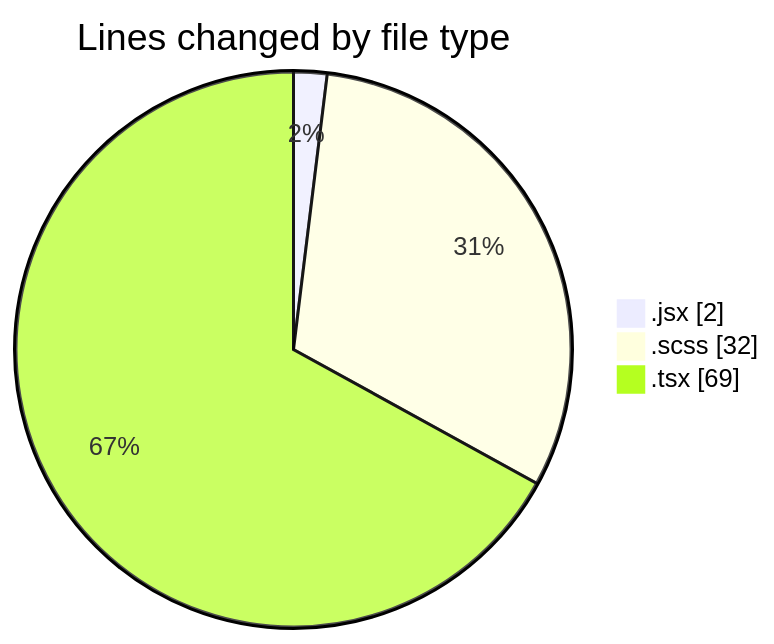
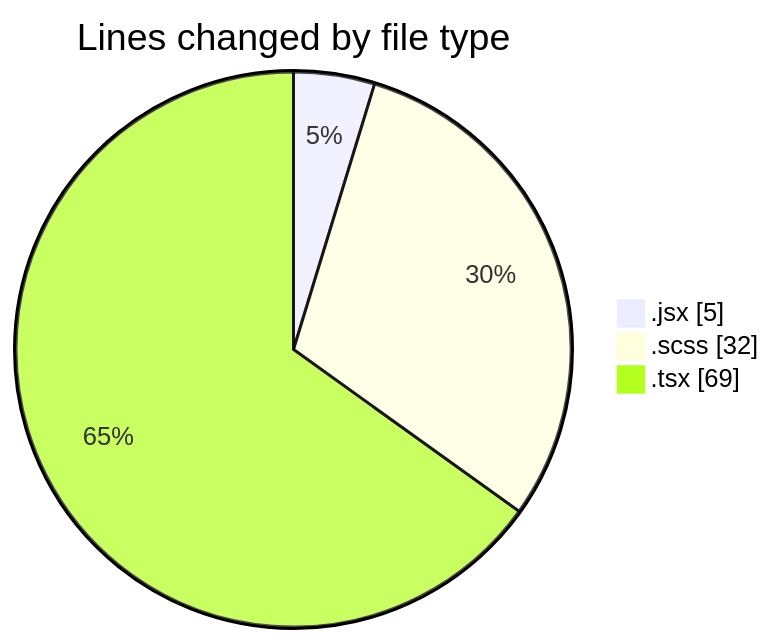
Before and after one commit to momahboobian/code-tracking: the first of 2 diagrams in 2025-06-06/cda/README.md, drawn with Mermaid. The commit also changed other lines of this file and 1 other file, not shown here.

````diff
--- a/2025-06-06/cda/README.md
+++ b/2025-06-06/cda/README.md
@@ -22,7 +23,7 @@
 ```mermaid
 pie showData
 title Lines changed by file type
-".jsx" : 2
+".jsx" : 5
 ".scss" : 32
 ".tsx" : 69
 ```
````
